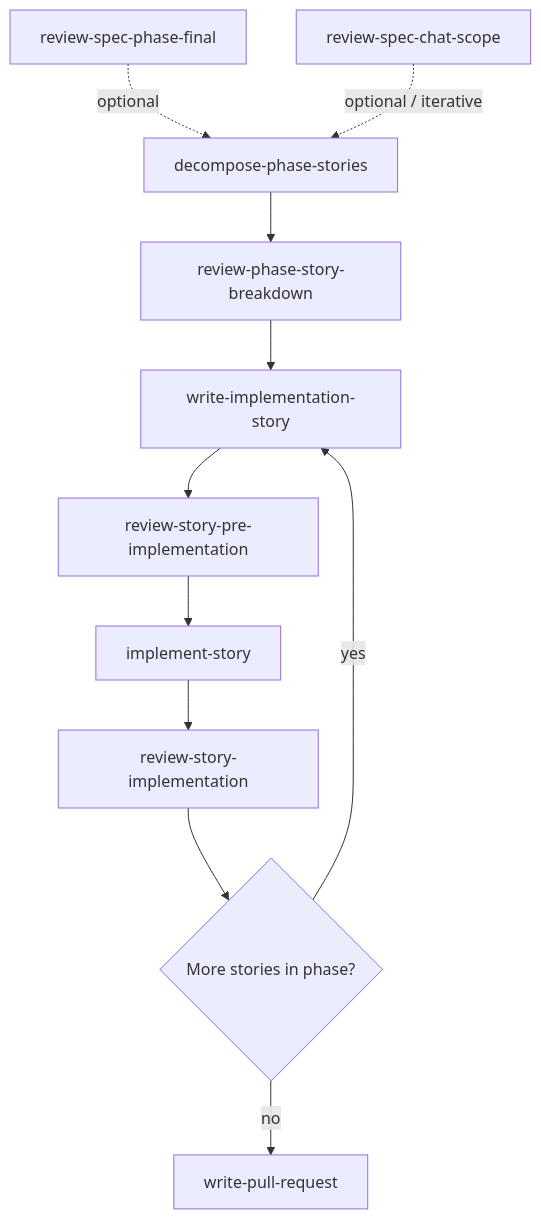
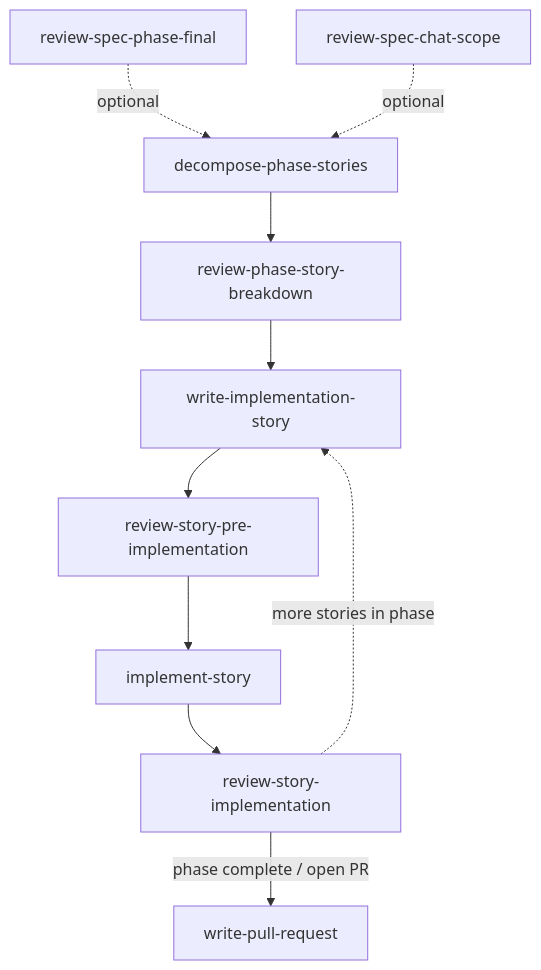
One commit to ivy-kl-chan/incident-assistant changed the diagram in .cursor/skills/README.md. Above: the diagram before and after it, drawn with Mermaid. The commit also changed other lines of this file, not shown here.

````diff
--- a/.cursor/skills/README.md
+++ b/.cursor/skills/README.md
@@ -15,13 +19,12 @@
 ```mermaid
 flowchart TD
   PF["review-spec-phase-final"] -.->|optional| D["decompose-phase-stories"]
-  CS["review-spec-chat-scope"] -.->|optional / iterative| D
+  CS["review-spec-chat-scope"] -.->|optional| D
   D --> BR["review-phase-story-breakdown"]
   BR --> W["write-implementation-story"]
   W --> PRE["review-story-pre-implementation"]
   PRE --> IMPL["implement-story"]
   IMPL --> POST["review-story-implementation"]
-  POST --> MORE{"More stories in phase?"}
-  MORE -->|yes| W
-  MORE -->|no| PR["write-pull-request"]
+  POST -.->|more stories in phase| W
+  POST -->|phase complete / open PR| PR["write-pull-request"]
 ```
````
